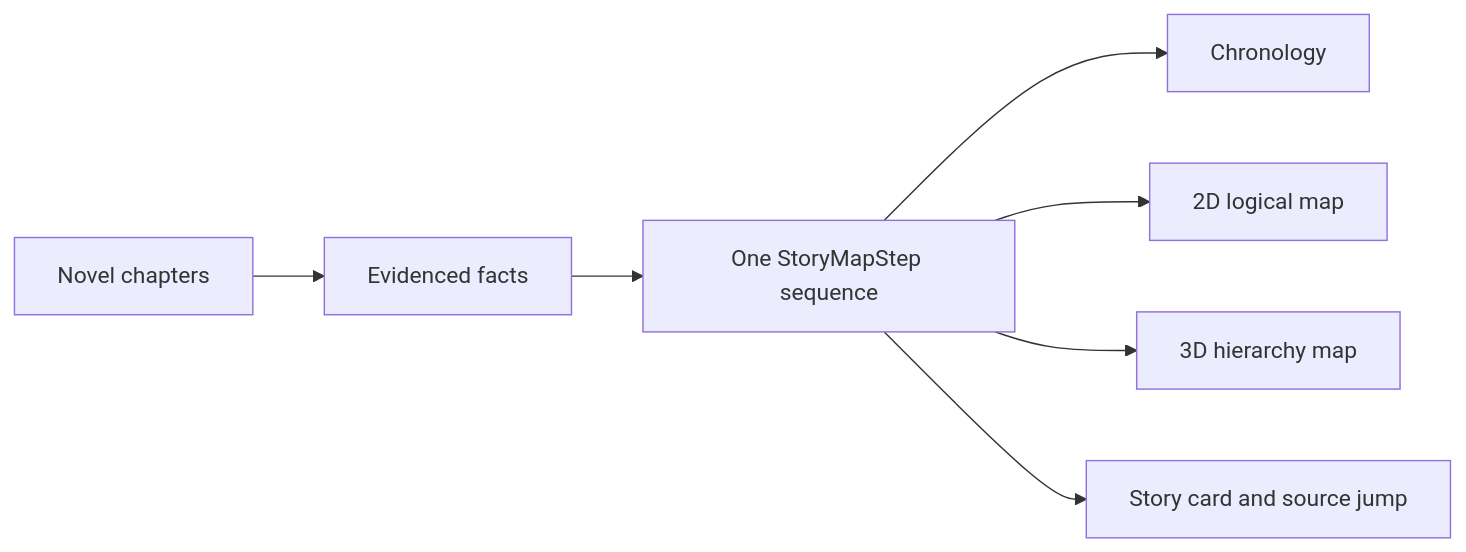
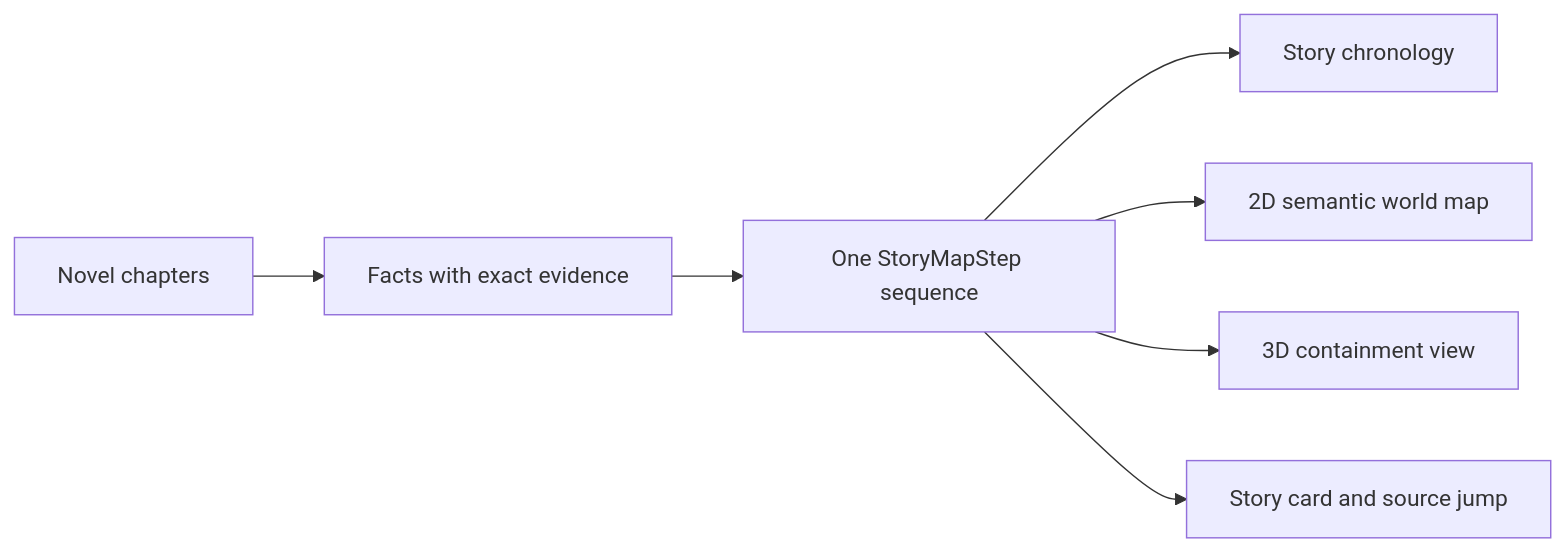
One commit to AIALRA-0/AIALRA-FAST-NOVEL changed the diagram in README.en.md. Above: the diagram before and after it, drawn with Mermaid. The commit also changed other lines of this file and 27 other files, not shown here.

````diff
--- a/README.en.md
+++ b/README.en.md
@@ -29,9 +29,9 @@
 ```mermaid
 flowchart LR
-    A[Novel chapters] --> B[Evidenced facts]
+    A[Novel chapters] --> B[Facts with exact evidence]
     B --> C[One StoryMapStep sequence]
-    C --> D[Chronology]
-    C --> E[2D logical map]
-    C --> F[3D hierarchy map]
+    C --> D[Story chronology]
+    C --> E[2D semantic world map]
+    C --> F[3D containment view]
     C --> G[Story card and source jump]
 ```
````
